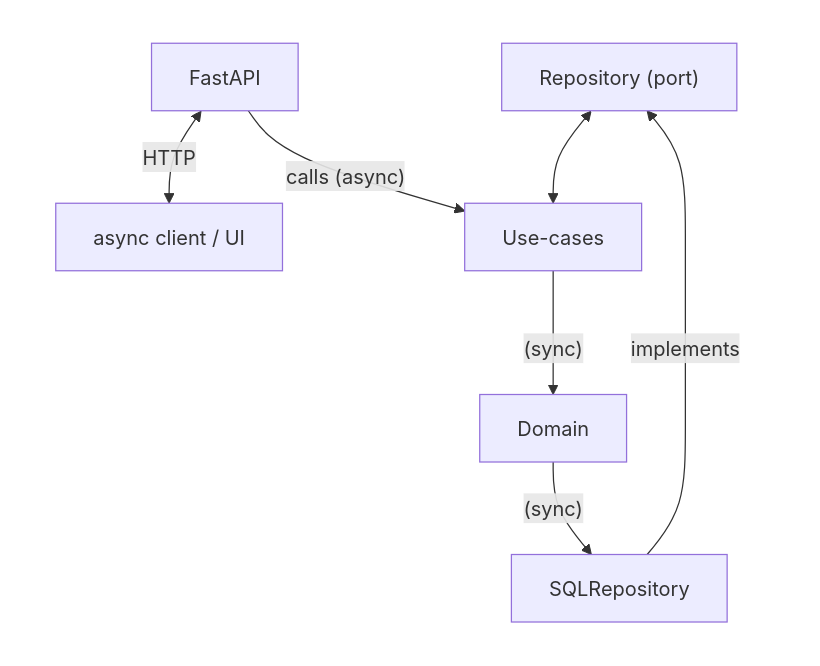
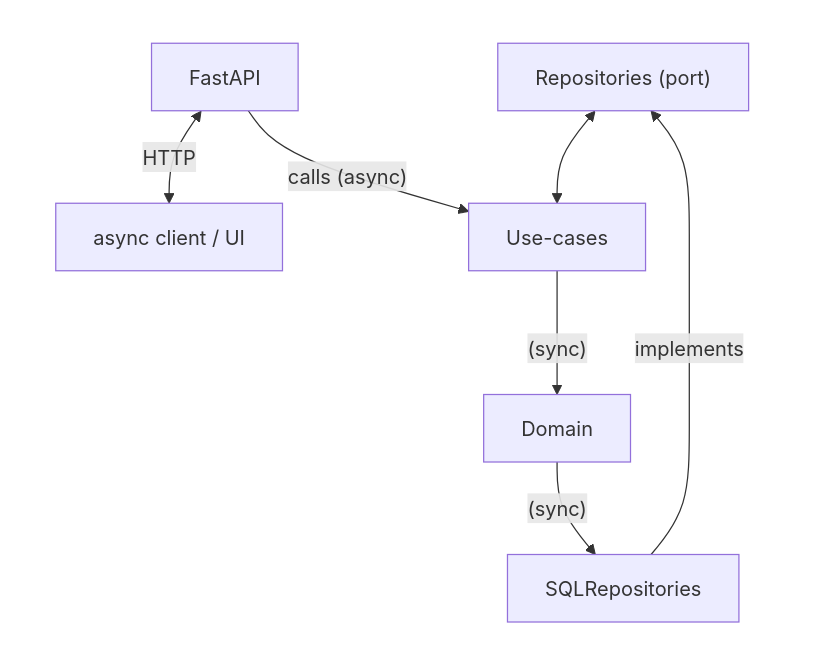
The first of 2 diagrams in README.md (Korius668/Project-management-server), drawn with Mermaid before and after one commit. The commit also changed other lines of this file and 2 other files, not shown here.

Commit message:
Added repositories to ports

````diff
--- a/README.md
+++ b/README.md
@@ -56,22 +56,22 @@
 ```mermaid
 flowchart TB
   subgraph row3[ ]
-    port["Repository (port)"]
+    port["Repositories (port)"]
     domain[Domain]
-    sql[SQLRepository]
+    sql[SQLRepositories]
     usecases[Use-cases]
 
     usecases -- "(sync)" --> domain -- "(sync)" --> sql -- "implements" --> port <--> usecases
   end
   
   subgraph row1[ ]
     api[FastAPI]
     client[async client / UI]
    
     api -- "calls (async)" --> usecases
     api <-- "HTTP" --> client
   end
 
 style row1 fill:none,stroke:none
 style row3 fill:none,stroke:none
 ```
````
